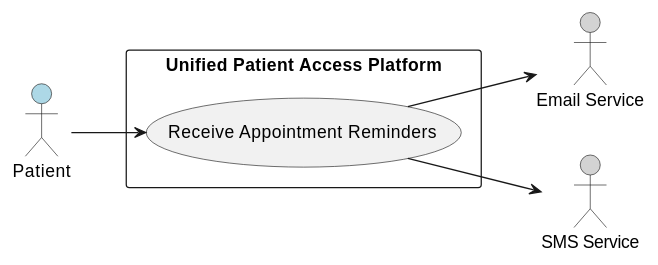
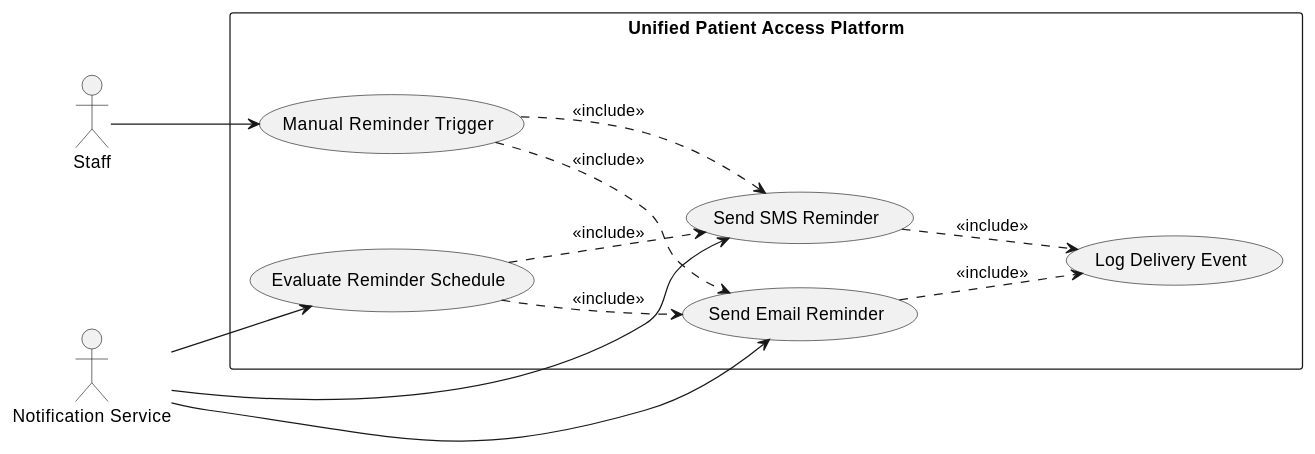
Before and after one commit to divya-bharathi-24/Propel-IQ-Patient-Platform: diagram 11 of 12 in .propel/context/docs/spec.md, drawn with PlantUML. The commit also changed other lines of this file and 60 other files, not shown here.

````diff
--- a/.propel/context/docs/spec.md
+++ b/.propel/context/docs/spec.md
@@ -789,18 +748,28 @@
 ```plantuml
-@startuml
+@startuml UC-011-Reminders
 left to right direction
 skinparam packageStyle rectangle
 
-actor Patient #LightBlue
-actor "Email Service" as Email #LightGray
-actor "SMS Service" as SMS #LightGray
+actor "Notification Service" as NS
+actor Staff
 
 rectangle "Unified Patient Access Platform" {
-  usecase "Receive Appointment Reminders" as UC17
+  usecase "Evaluate Reminder Schedule" as UC011_SCHED
+  usecase "Send Email Reminder" as UC011_EMAIL
+  usecase "Send SMS Reminder" as UC011_SMS
+  usecase "Log Delivery Event" as UC011_LOG
+  usecase "Manual Reminder Trigger" as UC011_MANUAL
 }
 
-Patient --> UC17
-UC17 --> Email
-UC17 --> SMS
+NS --> UC011_SCHED
+NS --> UC011_EMAIL
+NS --> UC011_SMS
+Staff --> UC011_MANUAL
+UC011_SCHED ..> UC011_EMAIL : <<include>>
+UC011_SCHED ..> UC011_SMS : <<include>>
+UC011_EMAIL ..> UC011_LOG : <<include>>
+UC011_SMS ..> UC011_LOG : <<include>>
+UC011_MANUAL ..> UC011_EMAIL : <<include>>
+UC011_MANUAL ..> UC011_SMS : <<include>>
 @enduml
 ```
````
